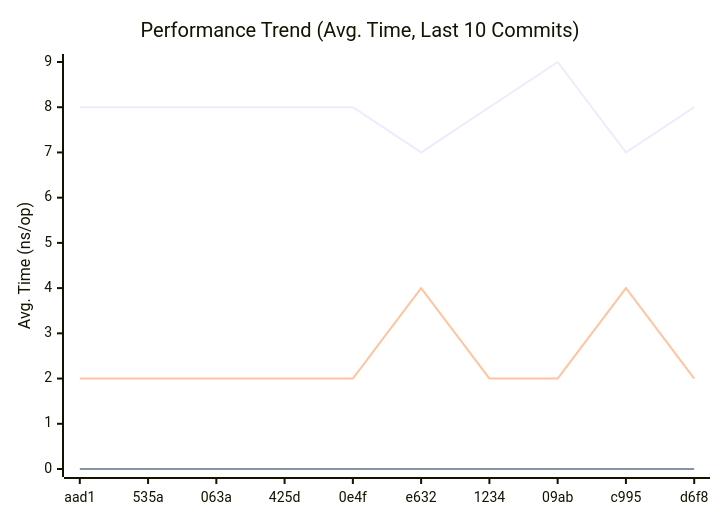
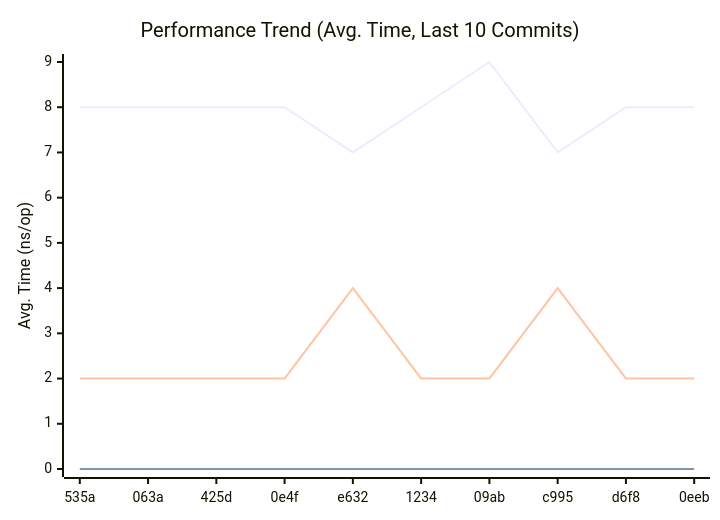
The first of 3 diagrams in doc/README.md (alsotoes/momo), drawn with Mermaid before and after one commit. The commit also changed other lines of this file and 1 other file, not shown here.

````diff
--- a/doc/README.md
+++ b/doc/README.md
@@ -290,10 +290,10 @@
 ```mermaid
 xychart-beta
     title "Performance Trend (Avg. Time, Last 10 Commits)"
     x-axis "Commit"
     y-axis "Avg. Time (ns/op)"
-    x-axis [aad1,535a,063a,425d,0e4f,e632,1234,09ab,c995,d6f8]
-    line "CheckMetricsAndSwap" [8,8,8,8,8,7,8,9,7,8]
+    x-axis [535a,063a,425d,0e4f,e632,1234,09ab,c995,d6f8,0eeb]
+    line "CheckMetricsAndSwap" [8,8,8,8,7,8,9,7,8,8]
     line "IndexDirectTracking" [0,0,0,0,0,0,0,0,0,0]
-    line "IndexSearch" [2,2,2,2,2,4,2,2,4,2]
+    line "IndexSearch" [2,2,2,2,4,2,2,4,2,2]
 ```
````
